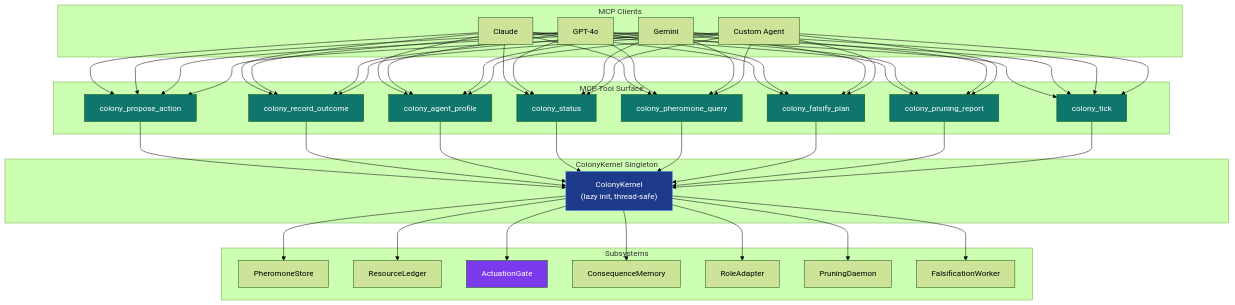
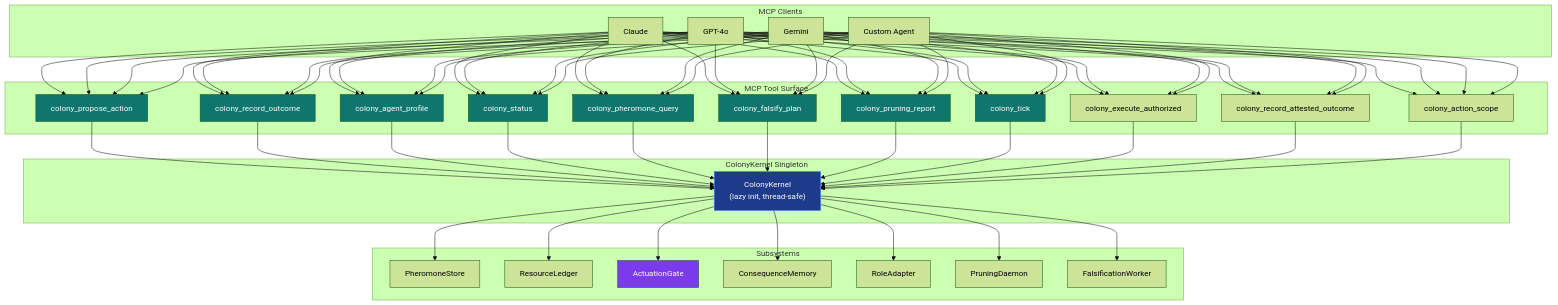
Before and after one commit to docxology/codomyrmex: the diagram in src/codomyrmex/colony_kernel/MCP_TOOL_SPECIFICATION.md, drawn with Mermaid (forest theme). The commit also changed other lines of this file and 84 other files, not shown here.

````diff
--- a/src/codomyrmex/colony_kernel/MCP_TOOL_SPECIFICATION.md
+++ b/src/codomyrmex/colony_kernel/MCP_TOOL_SPECIFICATION.md
@@ -7,49 +11,52 @@
 ```mermaid
 graph TD
     subgraph clients["MCP Clients"]
         C1["Claude"]
         C2["GPT-4o"]
         C3["Gemini"]
         C4["Custom Agent"]
     end
 
     subgraph mcp["MCP Tool Surface"]
         T1["colony_propose_action"]
         T2["colony_record_outcome"]
         T3["colony_agent_profile"]
         T4["colony_status"]
         T5["colony_pheromone_query"]
         T6["colony_falsify_plan"]
         T7["colony_pruning_report"]
         T8["colony_tick"]
+        T9["colony_execute_authorized"]
+        T10["colony_record_attested_outcome"]
+        T11["colony_action_scope"]
     end
 
     subgraph kernel["ColonyKernel Singleton"]
         CK["ColonyKernel<br/>(lazy init, thread-safe)"]
     end
 
     subgraph subsystems["Subsystems"]
         PS["PheromoneStore"]
         RL["ResourceLedger"]
         AG["ActuationGate"]
         CM["ConsequenceMemory"]
         RA["RoleAdapter"]
         PD["PruningDaemon"]
         FW["FalsificationWorker"]
     end
 
-    C1 & C2 & C3 & C4 --> T1 & T2 & T3 & T4 & T5 & T6 & T7 & T8
-    T1 & T2 & T3 & T4 & T5 & T6 & T7 & T8 --> CK
+    C1 & C2 & C3 & C4 --> T1 & T2 & T3 & T4 & T5 & T6 & T7 & T8 & T9 & T10 & T11
+    T1 & T2 & T3 & T4 & T5 & T6 & T7 & T8 & T9 & T10 & T11 --> CK
     CK --> PS & RL & AG & CM & RA & PD & FW
 
     style CK fill:#1e3a8a,color:#fff,stroke:#3b82f6
     style AG fill:#7c3aed,color:#fff
     style T1 fill:#0f766e,color:#fff
     style T2 fill:#0f766e,color:#fff
     style T3 fill:#0f766e,color:#fff
     style T4 fill:#0f766e,color:#fff
     style T5 fill:#0f766e,color:#fff
     style T6 fill:#0f766e,color:#fff
     style T7 fill:#0f766e,color:#fff
     style T8 fill:#0f766e,color:#fff
 ```
````
